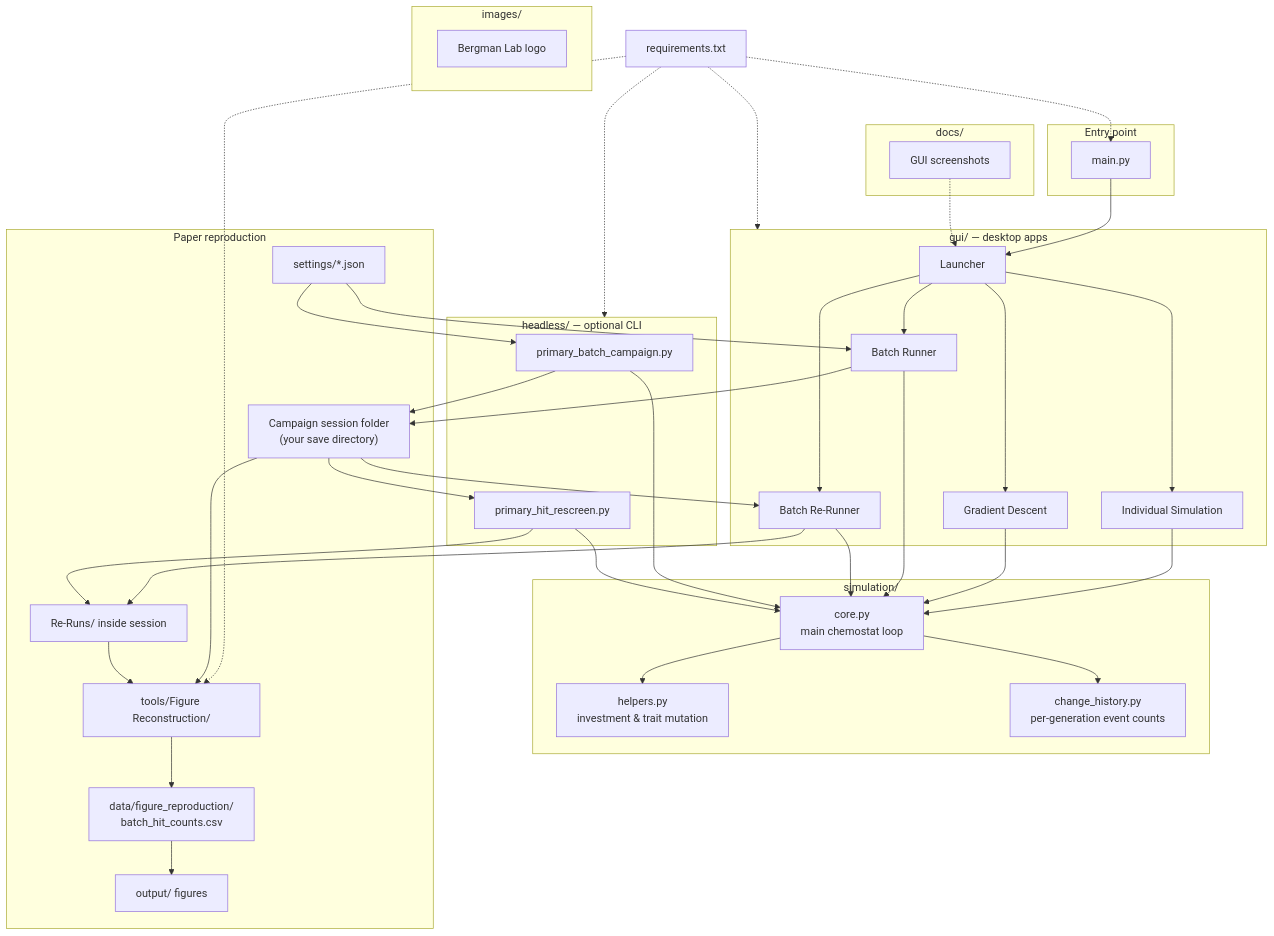
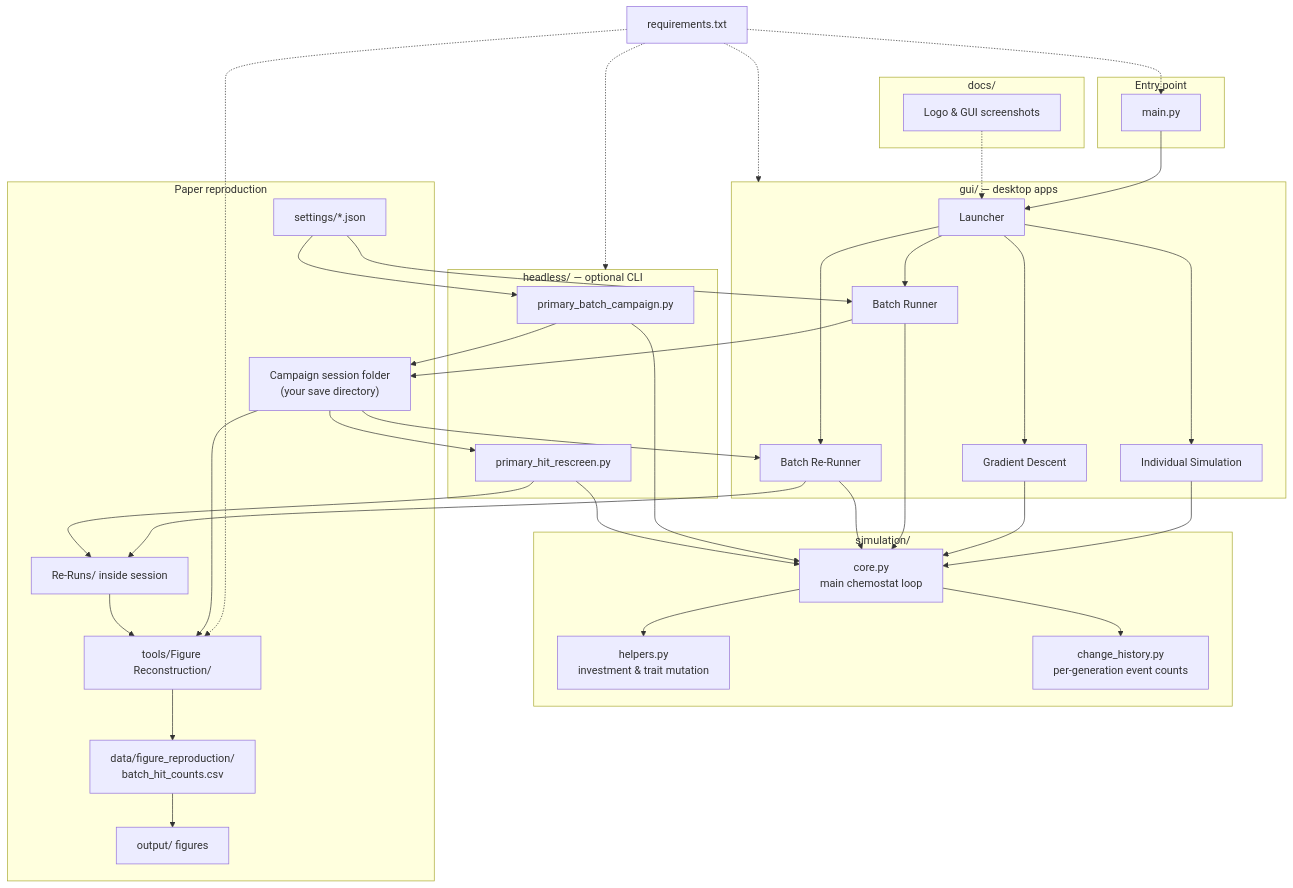
Before and after one commit to AvivLab/Cross-Feeding-Evolution: the diagram in README.md, drawn with Mermaid. The commit also changed other lines of this file and 2 other files, not shown here.

````diff
--- a/README.md
+++ b/README.md
@@ -221,71 +221,67 @@
 ```mermaid
 flowchart TB
   req["requirements.txt"]
 
   subgraph launch["Entry point"]
     main["main.py"]
   end
 
   subgraph gui["gui/ — desktop apps"]
     launcher["Launcher"]
     individual["Individual Simulation"]
     gradient["Gradient Descent"]
     batchrun["Batch Runner"]
     batchrerun["Batch Re-Runner"]
   end
 
   subgraph engine["simulation/"]
     simcore["core.py\nmain chemostat loop"]
     simhelpers["helpers.py\ninvestment & trait mutation"]
     simhistory["change_history.py\nper-generation event counts"]
     simcore --> simhelpers
     simcore --> simhistory
   end
 
   subgraph headless["headless/ — optional CLI"]
     pbc["primary_batch_campaign.py"]
     phr["primary_hit_rescreen.py"]
   end
 
   subgraph paper["Paper reproduction"]
     settings["settings/*.json"]
     session["Campaign session folder\n(your save directory)"]
     reruns["Re-Runs/ inside session"]
     fig["tools/Figure Reconstruction/"]
     csv["data/figure_reproduction/\nbatch_hit_counts.csv"]
     outfig["output/ figures"]
   end
 
   subgraph docs["docs/"]
-    assets["GUI screenshots"]
-  end
-
-  subgraph images["images/"]
-    logo["Bergman Lab logo"]
+    assets["Logo & GUI screenshots"]
   end
 
   req -.-> main
   req -.-> gui
   req -.-> headless
   req -.-> fig
 
   main --> launcher
   launcher --> individual & gradient & batchrun & batchrerun
 
   individual & gradient & batchrun & batchrerun --> simcore
   pbc & phr --> simcore
 
   settings --> batchrun
   settings --> pbc
   batchrun --> session
   pbc --> session
   session --> batchrerun
   session --> phr
   batchrerun --> reruns
   phr --> reruns
   session --> fig
   reruns --> fig
   fig --> csv --> outfig
 
   assets -.-> launcher
 ```
````
